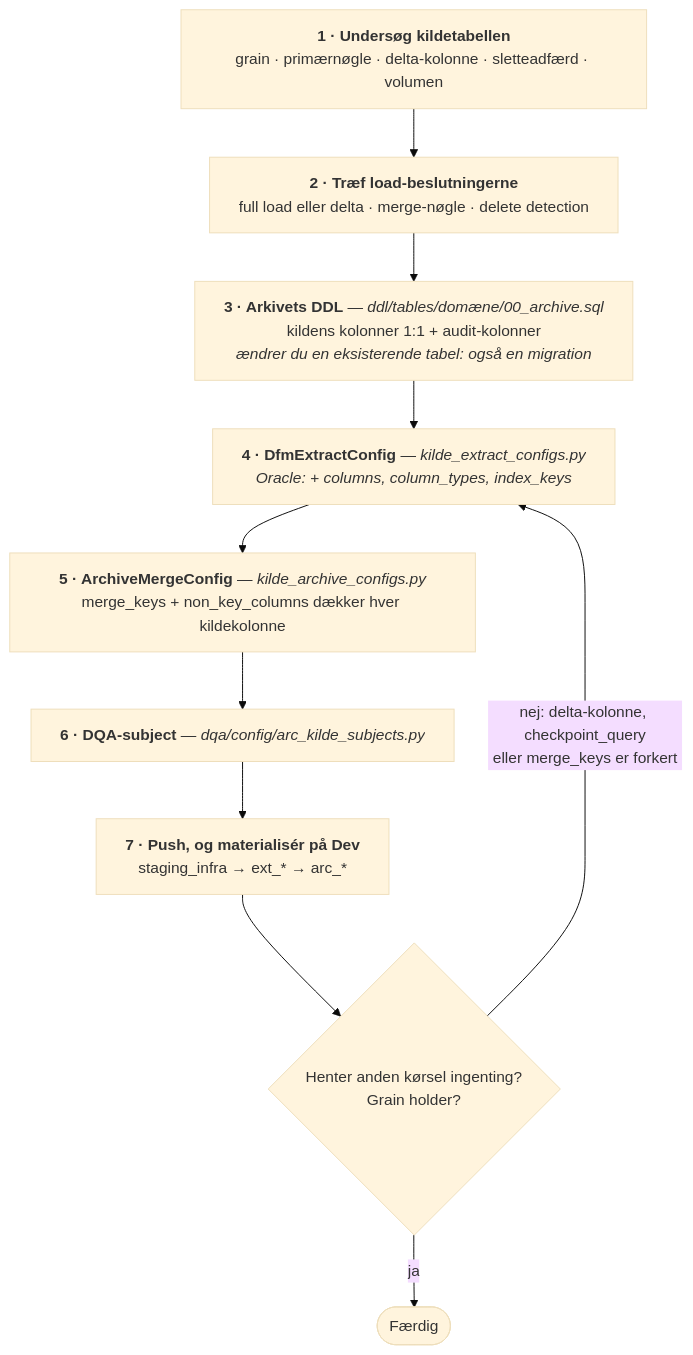
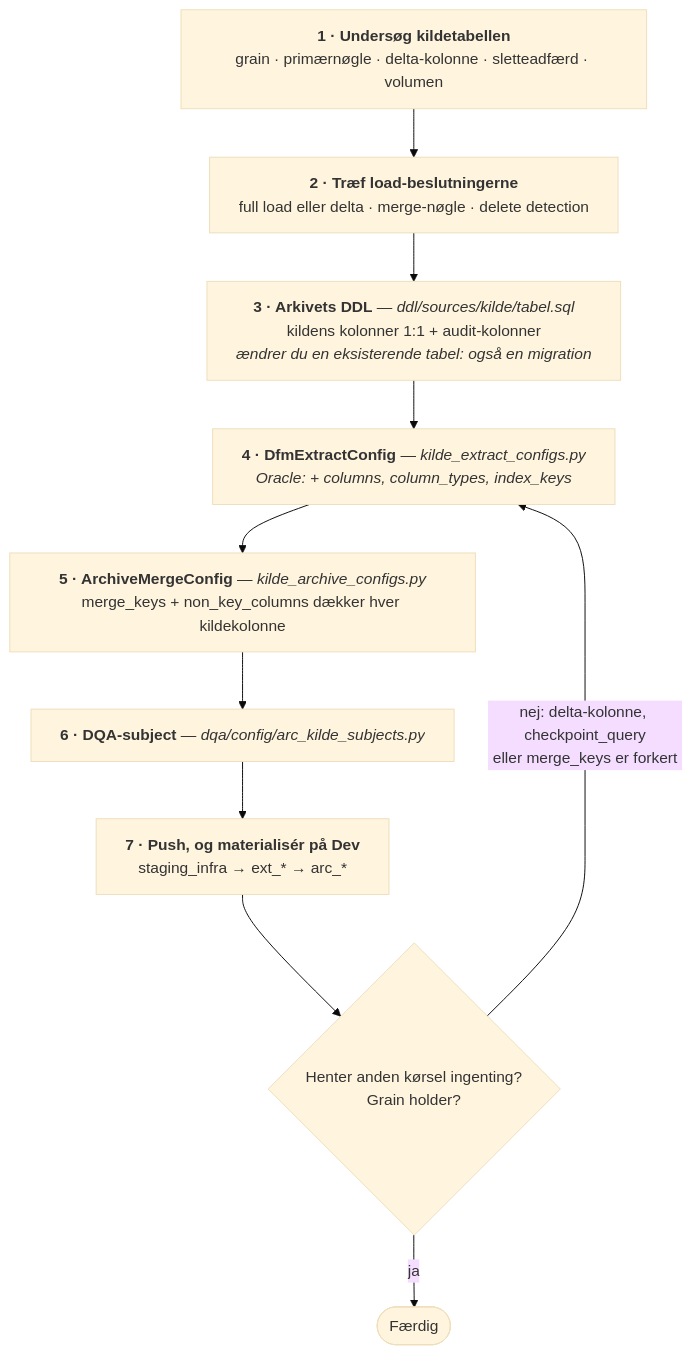
The diagram in etl/docs/basismodel/02_DSI_kilde_til_arkiv.md (enversion-journl/healthpipe), drawn with Mermaid (base theme) before and after one commit. The commit also changed other lines of this file and 744 other files, not shown here.

````diff
--- a/etl/docs/basismodel/02_DSI_kilde_til_arkiv.md
+++ b/etl/docs/basismodel/02_DSI_kilde_til_arkiv.md
@@ -259,17 +267,17 @@
 ```mermaid
 %%{init: {"flowchart": {"wrappingWidth": 420}}}%%
 flowchart TD
     U["<b>1 · Undersøg kildetabellen</b><br/>grain · primærnøgle · delta-kolonne · sletteadfærd · volumen"]
     L["<b>2 · Træf load-beslutningerne</b><br/>full load eller delta · merge-nøgle · delete detection"]
-    DDL["<b>3 · Arkivets DDL</b> — <i>ddl/tables/domæne/00_archive.sql</i><br/>kildens kolonner 1:1 + audit-kolonner<br/><i>ændrer du en eksisterende tabel: også en migration</i>"]
+    DDL["<b>3 · Arkivets DDL</b> — <i>ddl/sources/kilde/tabel.sql</i><br/>kildens kolonner 1:1 + audit-kolonner<br/><i>ændrer du en eksisterende tabel: også en migration</i>"]
     EXT["<b>4 · DfmExtractConfig</b> — <i>kilde_extract_configs.py</i><br/><i>Oracle: + columns, column_types, index_keys</i>"]
     ARC["<b>5 · ArchiveMergeConfig</b> — <i>kilde_archive_configs.py</i><br/>merge_keys + non_key_columns dækker hver kildekolonne"]
     DQA["<b>6 · DQA-subject</b> — <i>dqa/config/arc_kilde_subjects.py</i>"]
     RUN["<b>7 · Push, og materialisér på Dev</b><br/>staging_infra → ext_* → arc_*"]
     VER{"Henter anden kørsel ingenting?<br/>Grain holder?"}
     OK(["Færdig"])
 
     U --> L --> DDL --> EXT --> ARC --> DQA --> RUN --> VER
     VER -- ja --> OK
     VER -- "nej: delta-kolonne, checkpoint_query<br/>eller merge_keys er forkert" --> EXT
 ```
````
